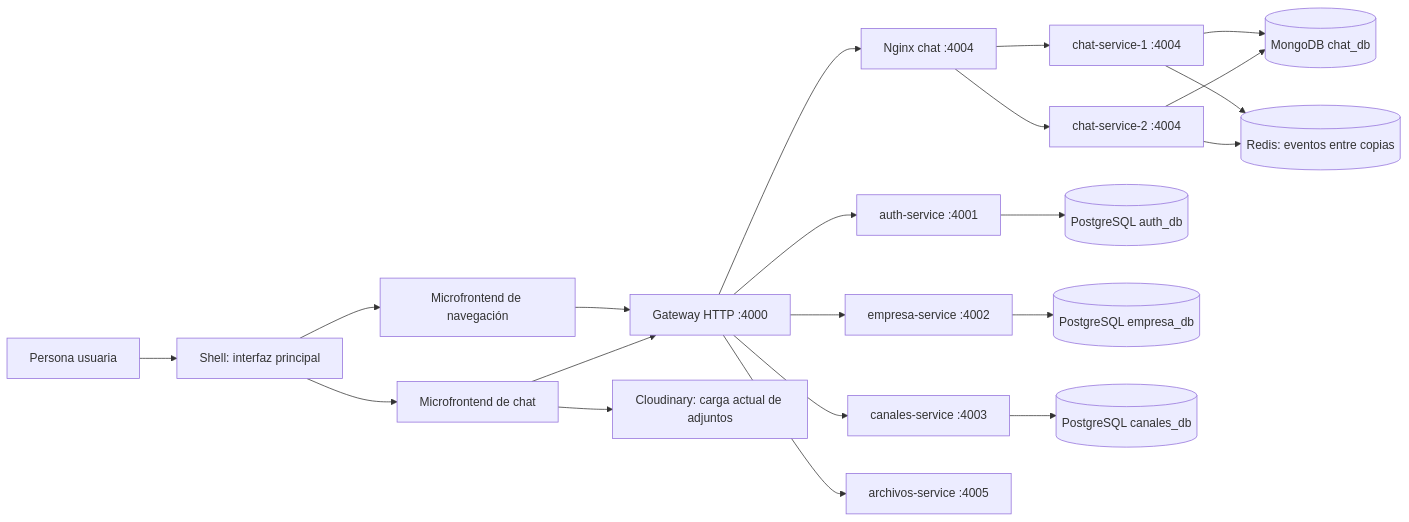
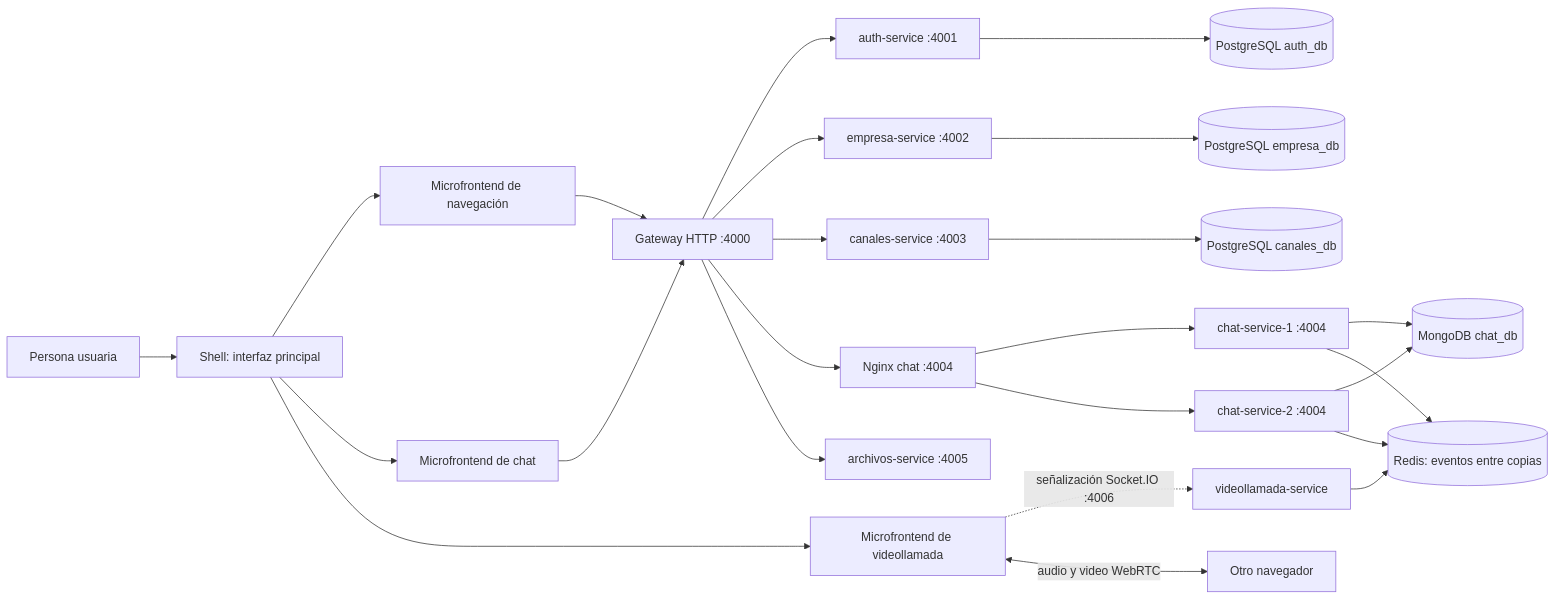
One commit to AnaVergara9/sgd-empresarial changed the diagram in docs/arquitectura.md. Above: the diagram before and after it, drawn with Mermaid. The commit also changed other lines of this file and 30 other files, not shown here.

````diff
--- a/docs/arquitectura.md
+++ b/docs/arquitectura.md
@@ -15,23 +15,26 @@
 ```mermaid
 flowchart LR
   Persona[Persona usuaria] --> Shell[Shell: interfaz principal]
   Shell --> Nav[Microfrontend de navegación]
   Shell --> Chat[Microfrontend de chat]
+  Shell --> Video[Microfrontend de videollamada]
   Nav --> Gateway[Gateway HTTP :4000]
   Chat --> Gateway
   Gateway --> Auth[auth-service :4001]
   Gateway --> Empresa[empresa-service :4002]
   Gateway --> Canales[canales-service :4003]
   Gateway --> LB[Nginx chat :4004]
   LB --> ChatSvc1[chat-service-1 :4004]
   LB --> ChatSvc2[chat-service-2 :4004]
+  Video -. "señalización Socket.IO :4006" .-> VideoSvc[videollamada-service]
+  Video <-->|"audio y video WebRTC"| Participante[Otro navegador]
   Gateway --> Archivos[archivos-service :4005]
   Auth --> AuthDB[(PostgreSQL auth_db)]
   Empresa --> EmpresaDB[(PostgreSQL empresa_db)]
   Canales --> CanalesDB[(PostgreSQL canales_db)]
   ChatSvc1 --> ChatDB[(MongoDB chat_db)]
   ChatSvc2 --> ChatDB
   ChatSvc1 --> Redis[(Redis: eventos entre copias)]
   ChatSvc2 --> Redis
-  Chat --> Cloudinary[Cloudinary: carga actual de adjuntos]
+  VideoSvc --> Redis
 ```
````
